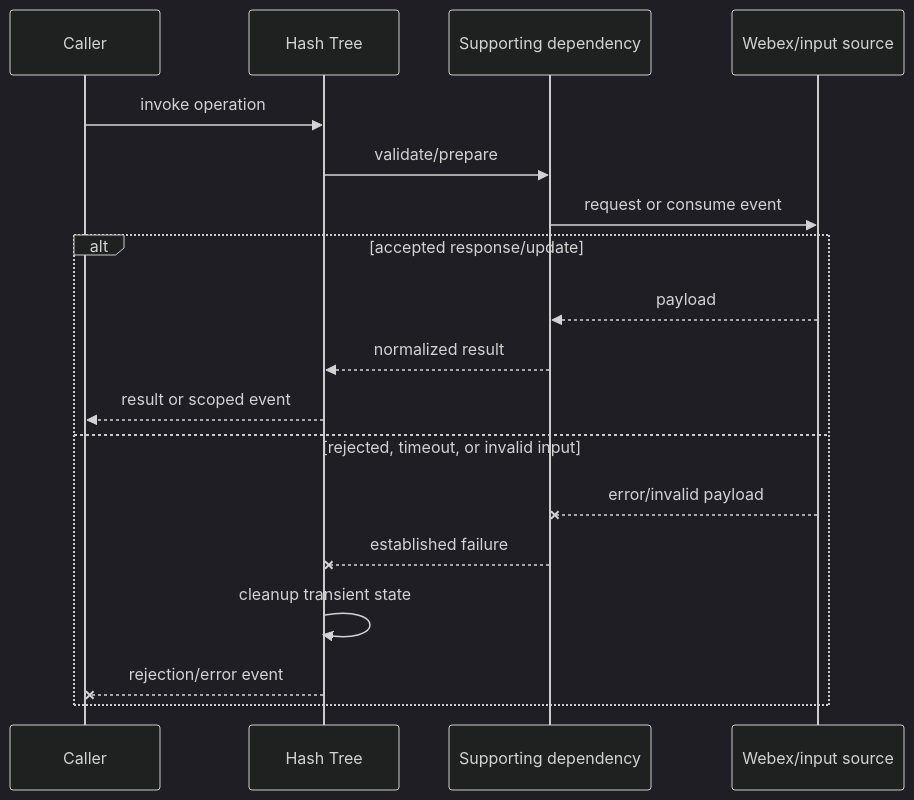
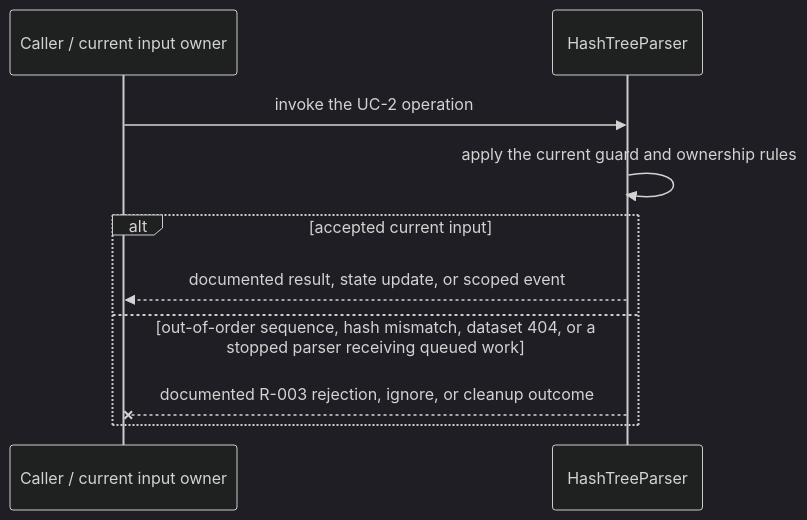
Before and after one commit to webex/webex-js-sdk: the third of 5 diagrams in packages/@webex/plugin-meetings/src/hashTree/ai-docs/hash-tree-spec.md, drawn with Mermaid (dark theme). The commit also changed other lines of this file and 26 other files, not shown here.

````diff
--- a/packages/@webex/plugin-meetings/src/hashTree/ai-docs/hash-tree-spec.md
+++ b/packages/@webex/plugin-meetings/src/hashTree/ai-docs/hash-tree-spec.md
@@ -120,20 +144,12 @@
 ```mermaid
 sequenceDiagram
-  participant C as Caller
-  participant M as Hash Tree
-  participant D as Supporting dependency
-  participant W as Webex/input source
-  C->>M: invoke operation
-  M->>D: validate/prepare
-  D->>W: request or consume event
-  alt accepted response/update
-    W-->>D: payload
-    D-->>M: normalized result
-    M-->>C: result or scoped event
-  else rejected, timeout, or invalid input
-    W--xD: error/invalid payload
-    D--xM: established failure
-    M->>M: cleanup transient state
-    M--xC: rejection/error event
+  participant C as Caller / current input owner
+  participant M as HashTreeParser
+  C->>M: invoke the UC-2 operation
+  M->>M: apply the current guard and ownership rules
+  alt accepted current input
+    M-->>C: documented result, state update, or scoped event
+  else out-of-order sequence, hash mismatch, dataset 404, or a stopped parser receiving queued work
+    M--xC: documented R-003 rejection, ignore, or cleanup outcome
   end
 ```
````
